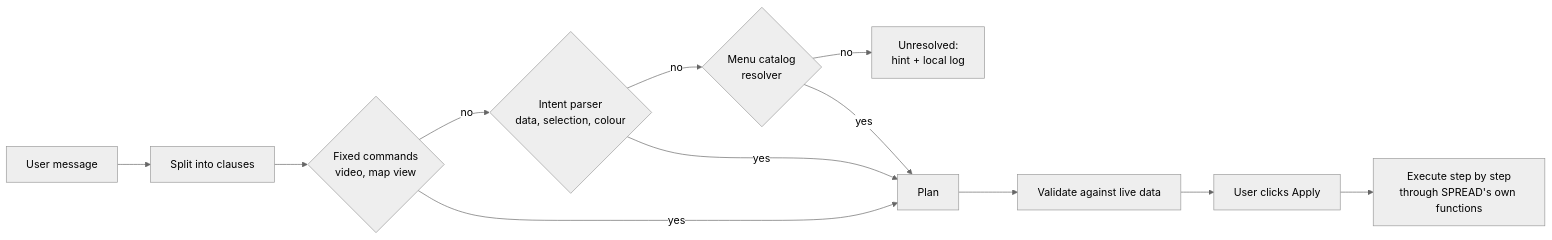
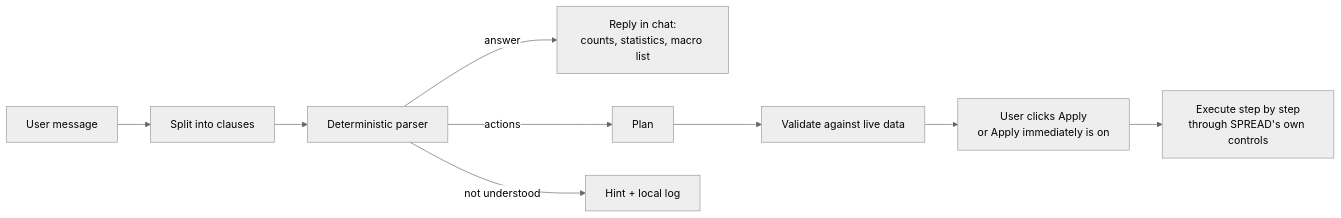
The first of 3 diagrams in README.md (genpat-it/spread), drawn with Mermaid (neutral theme) before and after one commit. The commit also changed other lines of this file and 7 other files, not shown here.

Commit message:
feat: parser-only assistant, statistics, clear chat, docked panel aligned with cards; README examples in English

````diff
--- a/README.md
+++ b/README.md
@@ -31,14 +38,11 @@
 ```mermaid
 flowchart LR
   A[User message] --> B[Split into clauses]
-  B --> C{Fixed commands<br/>video, map view}
-  C -- no --> D{Intent parser<br/>data, selection, colour}
-  D -- no --> E{Menu catalog<br/>resolver}
-  E -- no --> F[Unresolved:<br/>hint + local log]
-  C -- yes --> P[Plan]
-  D -- yes --> P
-  E -- yes --> P
+  B --> C[Deterministic parser]
+  C -- answer --> R[Reply in chat:<br/>counts, statistics, macro list]
+  C -- actions --> P[Plan]
+  C -- not understood --> F[Hint + local log]
   P --> V[Validate against live data]
-  V --> U[User clicks Apply]
-  U --> X[Execute step by step<br/>through SPREAD's own functions]
+  V --> U[User clicks Apply<br/>or Apply immediately is on]
+  U --> X[Execute step by step<br/>through SPREAD's own controls]
 ```
````
